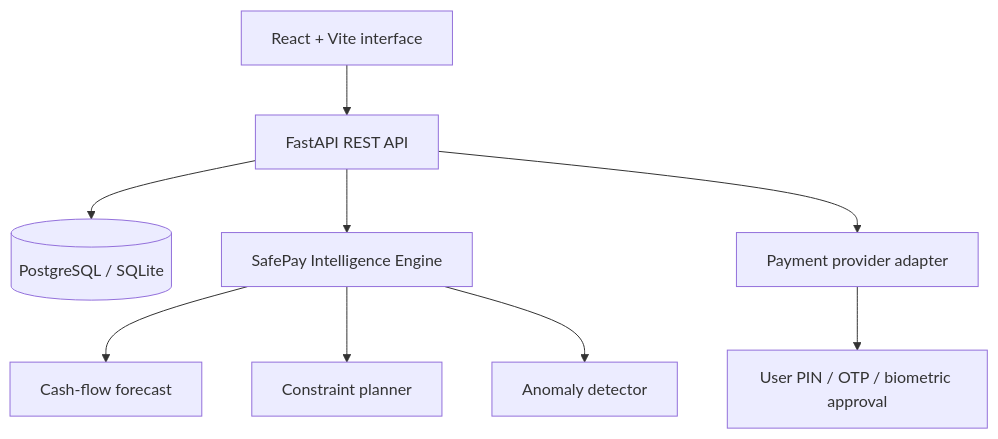
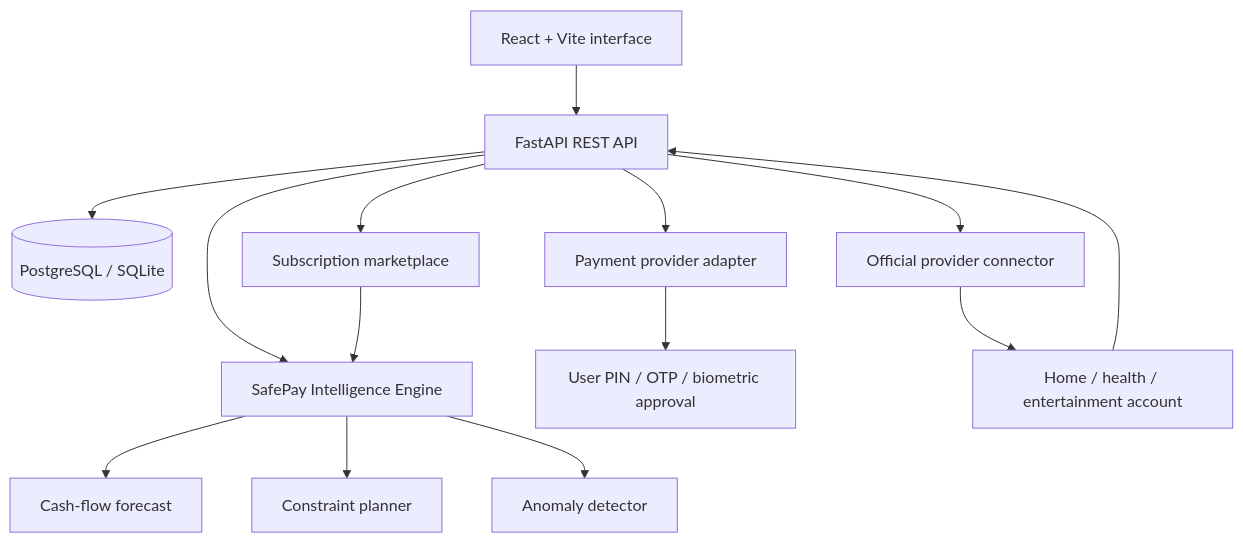
Before and after one commit to Yashovardhan47/AI_finance_manage_system_AI: the diagram in README.md, drawn with Mermaid. The commit also changed other lines of this file and 20 other files, not shown here.

Commit message:
Add AI subscription marketplace and provider synchronization

````diff
--- a/README.md
+++ b/README.md
@@ -37,11 +48,16 @@
 ```mermaid
 flowchart TB
     UI[React + Vite interface] --> API[FastAPI REST API]
     API --> DB[(PostgreSQL / SQLite)]
     API --> AI[SafePay Intelligence Engine]
     AI --> F[Cash-flow forecast]
     AI --> P[Constraint planner]
     AI --> A[Anomaly detector]
     API --> PAY[Payment provider adapter]
+    API --> MKT[Subscription marketplace]
+    MKT --> AI
     PAY --> AUTH[User PIN / OTP / biometric approval]
+    API --> CON[Official provider connector]
+    CON --> EXT[Home / health / entertainment account]
+    EXT --> API
 ```
````
